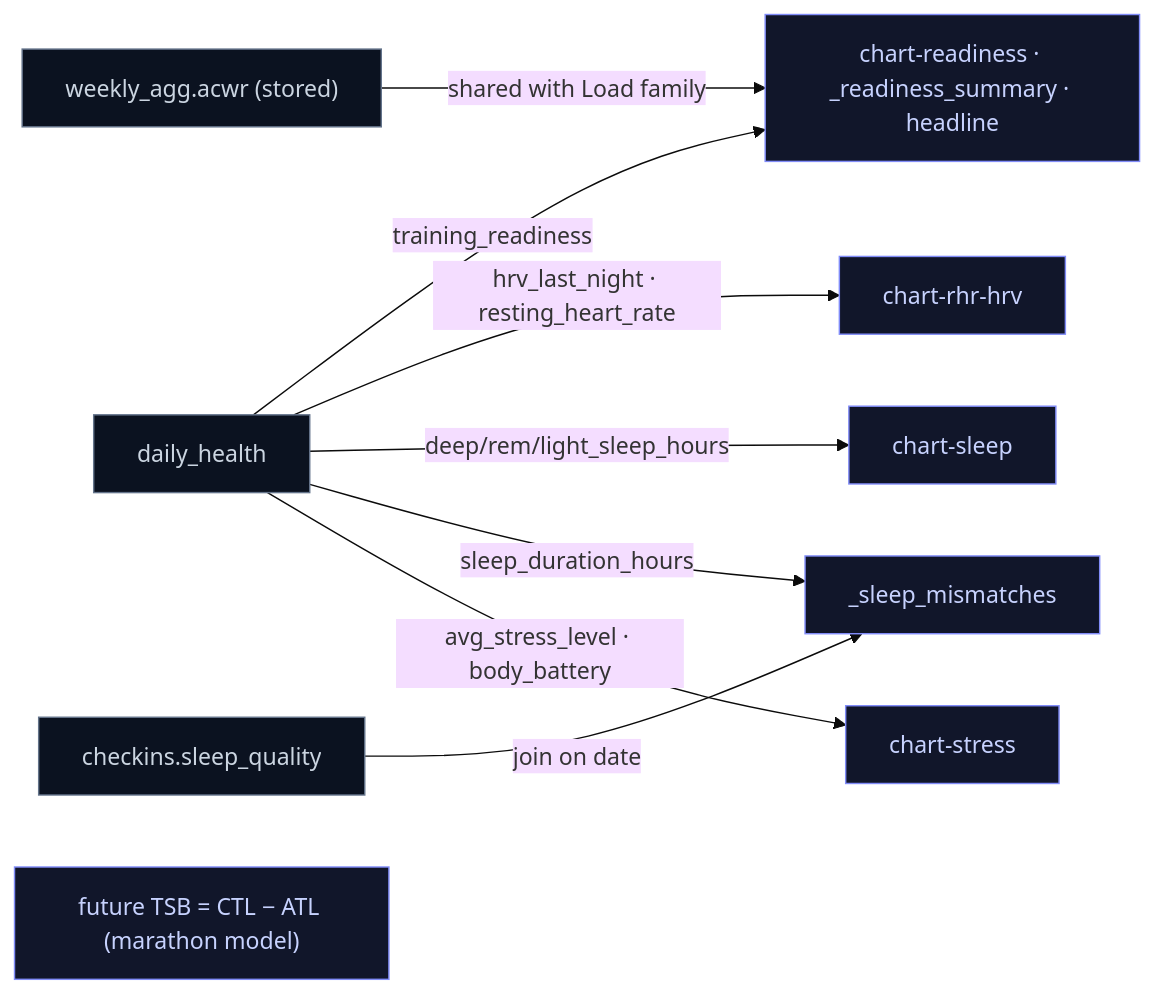
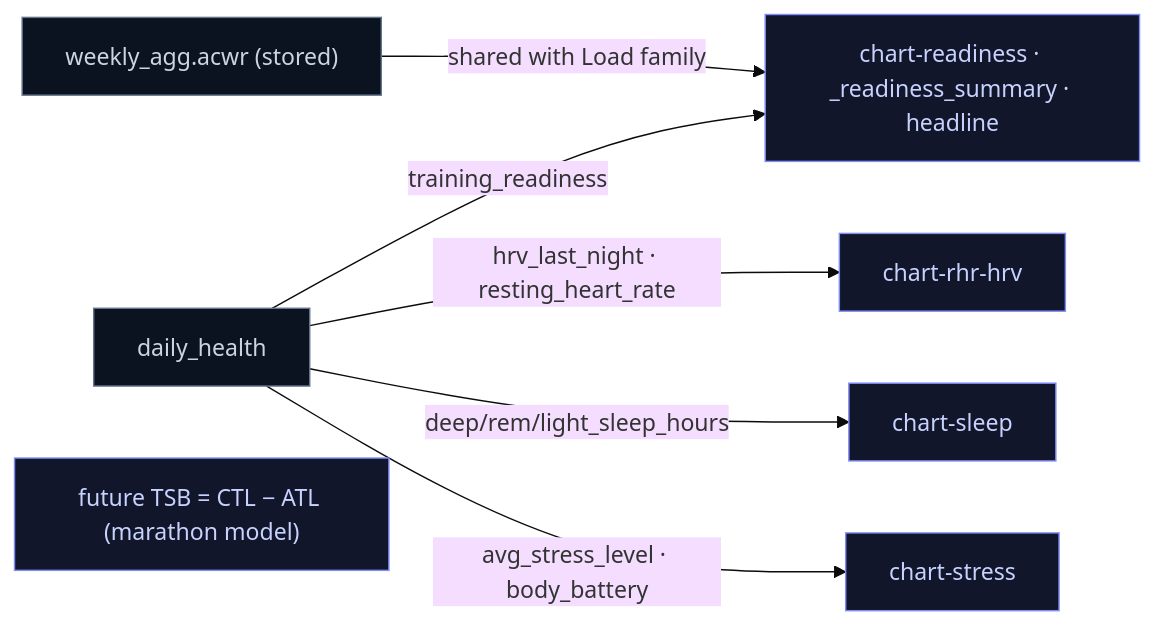
One commit to BigCrunsh/fit changed the fifth of 6 diagrams in docs/DATA_LINEAGE.md. Above: the diagram before and after it, drawn with Mermaid (base theme). The commit also changed other lines of this file and 41 other files, not shown here.

````diff
--- a/docs/DATA_LINEAGE.md
+++ b/docs/DATA_LINEAGE.md
@@ -203,15 +199,13 @@
 ```mermaid
 flowchart LR
   classDef src fill:#0b1220,stroke:#64748b,color:#cbd5e1
   classDef fn fill:#0c2b1c,stroke:#22c55e,color:#dcfce7
   classDef out fill:#11162a,stroke:#818cf8,color:#c7d2fe
   DH["daily_health"]:::src
   DH -->|"training_readiness"| RDY["chart-readiness · _readiness_summary · headline"]:::out
   DH -->|"hrv_last_night · resting_heart_rate"| RHV["chart-rhr-hrv"]:::out
   DH -->|"deep/rem/light_sleep_hours"| SLP["chart-sleep"]:::out
-  DH -->|"sleep_duration_hours"| SM
-  CK["checkins.sleep_quality"]:::src -->|"join on date"| SM["_sleep_mismatches"]:::out
   DH -->|"avg_stress_level · body_battery"| STc["chart-stress"]:::out
   ACW["weekly_agg.acwr (stored)"]:::src -->|"shared with Load family"| RDY
   TSB["future TSB = CTL − ATL (marathon model)"]:::out
 ```
````
